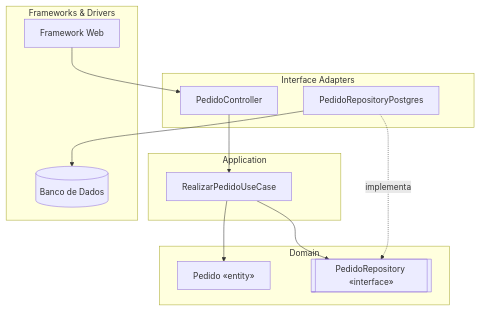
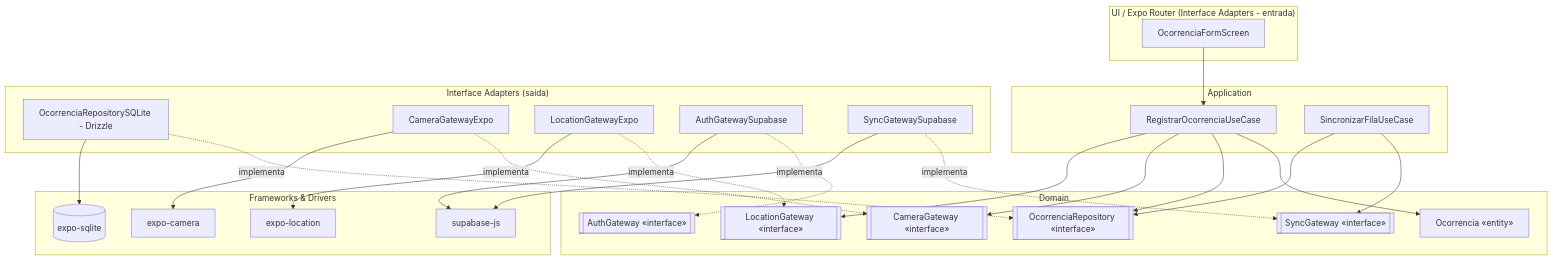
Before and after one commit to JpCobraC/SindiFlow: the tenth of 10 diagrams in agent_tools/SKILL.md, drawn with Mermaid. The commit also changed other lines of this file and 1 other file, not shown here.

````diff
--- a/agent_tools/SKILL.md
+++ b/agent_tools/SKILL.md
@@ -336,25 +418,51 @@
 ```mermaid
 flowchart TB
-    subgraph Adapters["Interface Adapters"]
-        Controller[PedidoController]
-        RepoImpl[PedidoRepositoryPostgres]
+    subgraph UI["UI / Expo Router (Interface Adapters - entrada)"]
+        Screen[OcorrenciaFormScreen]
     end
     subgraph Application["Application"]
-        UseCase[RealizarPedidoUseCase]
+        UseCase[RegistrarOcorrenciaUseCase]
+        SyncUseCase[SincronizarFilaUseCase]
     end
     subgraph Domain["Domain"]
-        Entity[Pedido «entity»]
-        RepoPort[[PedidoRepository «interface»]]
+        Entity[Ocorrencia «entity»]
+        RepoPort[[OcorrenciaRepository «interface»]]
+        CamPort[[CameraGateway «interface»]]
+        LocPort[[LocationGateway «interface»]]
+        AuthPort[[AuthGateway «interface»]]
+        SyncPort[[SyncGateway «interface»]]
+    end
+    subgraph Adapters["Interface Adapters (saída)"]
+        RepoImpl[OcorrenciaRepositorySQLite - Drizzle]
+        CamImpl[CameraGatewayExpo]
+        LocImpl[LocationGatewayExpo]
+        AuthImpl[AuthGatewaySupabase]
+        SyncImpl[SyncGatewaySupabase]
     end
     subgraph Infra["Frameworks & Drivers"]
-        DB[(Banco de Dados)]
-        Web[Framework Web]
+        SQLite[(expo-sqlite)]
+        ExpoCam[expo-camera]
+        ExpoLoc[expo-location]
+        SupabaseClient[supabase-js]
     end
 
-    Web --> Controller
-    Controller --> UseCase
+    Screen --> UseCase
     UseCase --> Entity
     UseCase --> RepoPort
+    UseCase --> CamPort
+    UseCase --> LocPort
+    SyncUseCase --> SyncPort
+    SyncUseCase --> RepoPort
+
     RepoImpl -.implementa.-> RepoPort
-    RepoImpl --> DB
+    CamImpl -.implementa.-> CamPort
+    LocImpl -.implementa.-> LocPort
+    AuthImpl -.implementa.-> AuthPort
+    SyncImpl -.implementa.-> SyncPort
+
+    RepoImpl --> SQLite
+    CamImpl --> ExpoCam
+    LocImpl --> ExpoLoc
+    AuthImpl --> SupabaseClient
+    SyncImpl --> SupabaseClient
 ```
````
